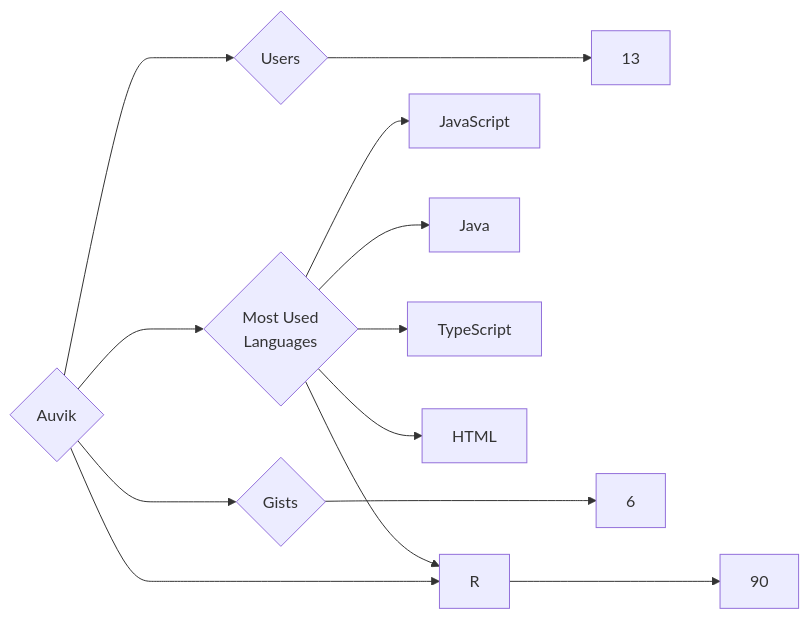
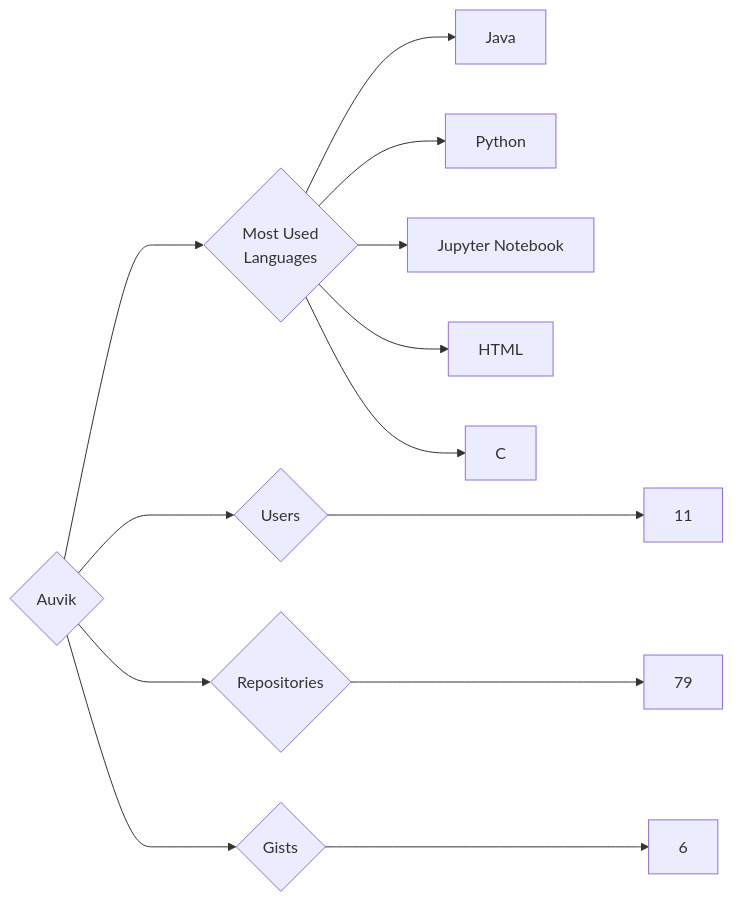
One commit to trickest/insiders changed the diagram in targets/Auvik/README.md. Above: the diagram before and after it, drawn with Mermaid. The commit also changed 720 other files, not shown here.

````diff
--- a/targets/Auvik/README.md
+++ b/targets/Auvik/README.md
@@ -3,13 +3,13 @@
 ```mermaid
 graph LR
 COMPANY_NAME{Auvik}
-COMPANY_NAME ---> U{Users} ---> UN[13]
-COMPANY_NAME ---> R{Repositories} ---> RN[90]
+COMPANY_NAME ---> U{Users} ---> UN[11]
+COMPANY_NAME ---> R{Repositories} ---> RN[79]
 COMPANY_NAME ---> G{Gists} ---> GN[6]
 COMPANY_NAME ---> ML{Most Used<br>Languages}
-ML --> JavaScript[JavaScript]
 ML --> Java[Java]
-ML --> TypeScript[TypeScript]
+ML --> Python[Python]
+ML --> Jupyter_Notebook[Jupyter Notebook]
 ML --> HTML[HTML]
-ML --> R[R]
+ML --> C[C]
 ```
````
